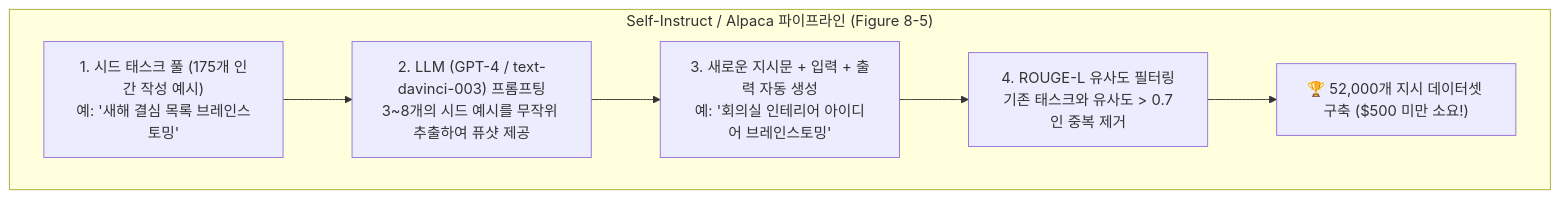
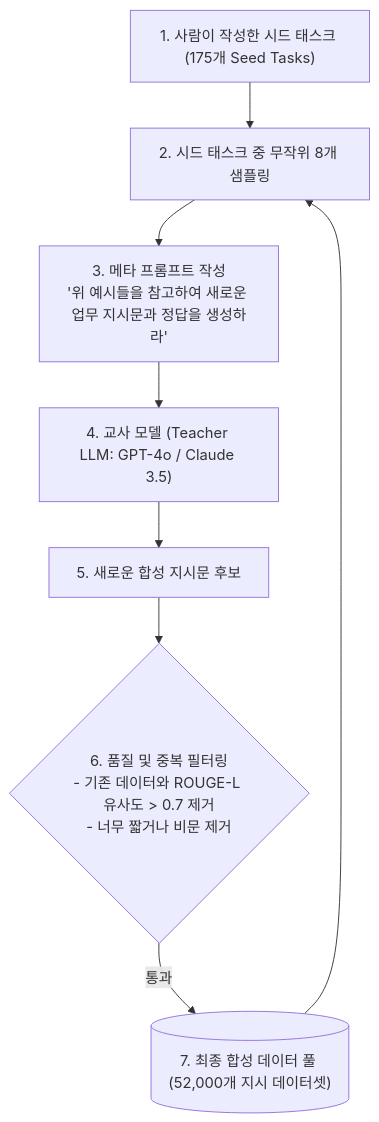
One commit to sing-u8/AI-Engineering changed the diagram in chapter-qa/ch08-datasets-and-data-engineering-qa/02-data-augmentation-and-synthesis.md. Above: the diagram before and after it, drawn with Mermaid. The commit also changed other lines of this file and 25 other files, not shown here.

````diff
--- a/chapter-qa/ch08-datasets-and-data-engineering-qa/02-data-augmentation-and-synthesis.md
+++ b/chapter-qa/ch08-datasets-and-data-engineering-qa/02-data-augmentation-and-synthesis.md
@@ -66,9 +42,10 @@
 ```mermaid
 flowchart TD
-    subgraph SelfInstruct["Self-Instruct / Alpaca 파이프라인 (Figure 8-5)"]
-        Seed["1. 시드 태스크 풀 (175개 인간 작성 예시)\n예: '새해 결심 목록 브레인스토밍'"] --> Prompt["2. LLM (GPT-4 / text-davinci-003) 프롬프팅\n3~8개의 시드 예시를 무작위 추출하여 퓨샷 제공"]
-        Prompt --> Gen["3. 새로운 지시문 + 입력 + 출력 자동 생성\n예: '회의실 인테리어 아이디어 브레인스토밍'"]
-        Gen --> Deduplicate["4. ROUGE-L 유사도 필터링\n기존 태스크와 유사도 > 0.7인 중복 제거"]
-        Deduplicate --> Dataset["🏆 52,000개 지시 데이터셋 구축 ($500 미만 소요!)"]
-    end
+    Seed["1. 사람이 작성한 시드 태스크 (175개 Seed Tasks)"] --> Sample["2. 시드 태스크 중 무작위 8개 샘플링"]
+    Sample --> Prompt["3. 메타 프롬프트 작성\n'위 예시들을 참고하여 새로운 업무 지시문과 정답을 생성하라'"]
+    Prompt --> TeacherLLM["4. 교사 모델 (Teacher LLM: GPT-4o / Claude 3.5)"]
+    TeacherLLM --> Candidate["5. 새로운 합성 지시문 후보"]
+    Candidate --> Filter{"6. 품질 및 중복 필터링\n- 기존 데이터와 ROUGE-L 유사도 > 0.7 제거\n- 너무 짧거나 비문 제거"}
+    Filter -- "통과" --> Pool[("7. 최종 합성 데이터 풀 (52,000개 지시 데이터셋)")]
+    Pool --> Sample
 ```
````
